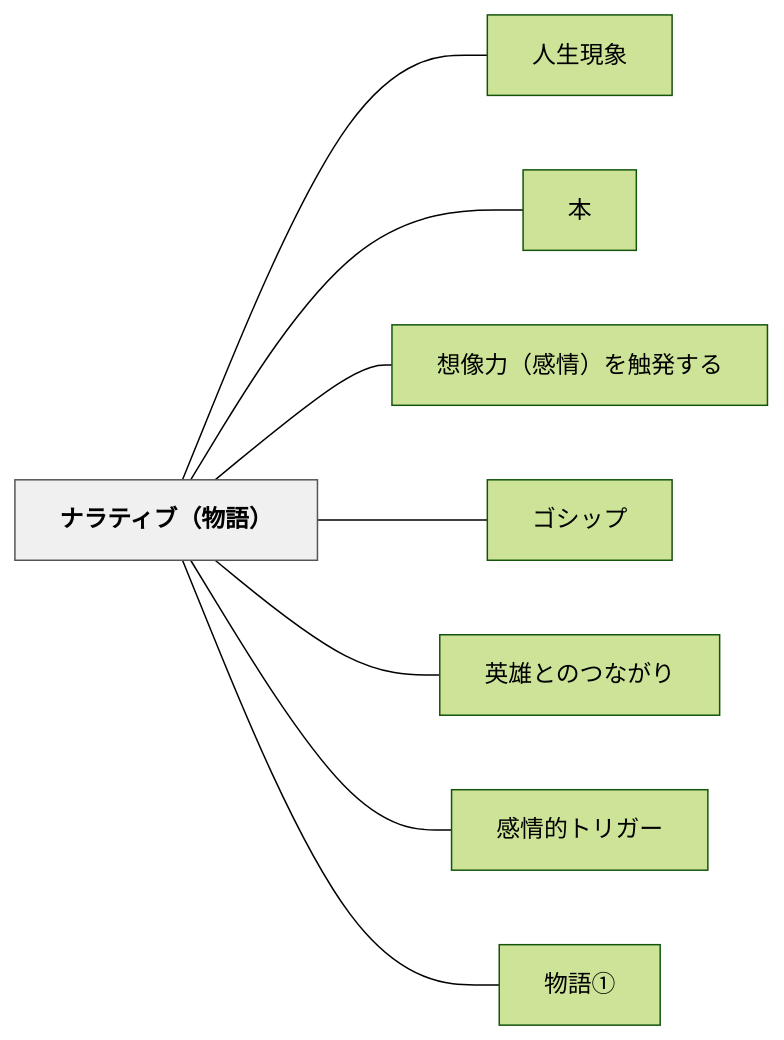
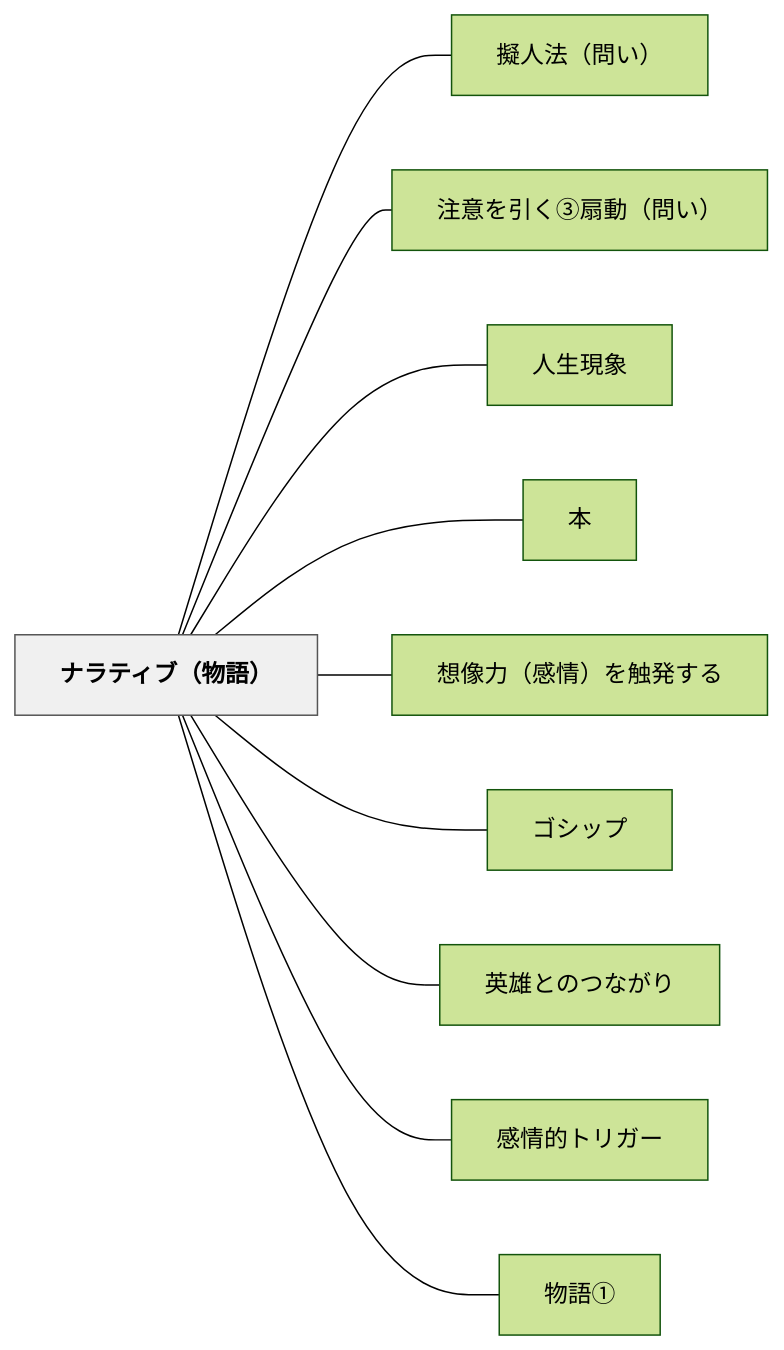
Before and after one commit to unknownthings-ed-patterns/unknownthings-ed-patterns: the diagram in content/パタン/ナラティブ（物語）.md, drawn with Mermaid (forest theme). The commit also changed other lines of this file and 38 other files, not shown here.

````diff
--- a/content/パタン/ナラティブ（物語）.md
+++ b/content/パタン/ナラティブ（物語）.md
@@ -52,22 +54,26 @@
 ```mermaid
 flowchart LR
     ne3838ae383a9e38386e382a3e38396efbc88e789a9e8aa9eefbc89["ナラティブ（物語）"]
+    ne693ace4babae6b395efbc88e5958fe38184efbc89["擬人法（問い）"]
+    ne6b3a8e6848fe38292e5bc95e3818fe291a2e68987e58b95efbc88e5958fe38184efbc89["注意を引く③扇動（問い）"]
     ne4babae7949fe78fbee8b1a1["人生現象"]
     ne69cac["本"]
     ne683b3e5838fe58a9befbc88e6849fe68385efbc89e38292e8a7a6e799bae38199e3828b["想像力（感情）を触発する"]
     ne382b4e382b7e38383e38397["ゴシップ"]
     ne88bb1e99b84e381a8e381aee381a4e381aae3818ce3828a["英雄とのつながり"]
     ne6849fe68385e79a84e38388e383aae382ace383bc["感情的トリガー"]
     ne789a9e8aa9ee291a0["物語①"]
 
+    ne3838ae383a9e38386e382a3e38396efbc88e789a9e8aa9eefbc89 --- ne693ace4babae6b395efbc88e5958fe38184efbc89
+    ne3838ae383a9e38386e382a3e38396efbc88e789a9e8aa9eefbc89 --- ne6b3a8e6848fe38292e5bc95e3818fe291a2e68987e58b95efbc88e5958fe38184efbc89
     ne3838ae383a9e38386e382a3e38396efbc88e789a9e8aa9eefbc89 --- ne4babae7949fe78fbee8b1a1
     ne3838ae383a9e38386e382a3e38396efbc88e789a9e8aa9eefbc89 --- ne69cac
     ne3838ae383a9e38386e382a3e38396efbc88e789a9e8aa9eefbc89 --- ne683b3e5838fe58a9befbc88e6849fe68385efbc89e38292e8a7a6e799bae38199e3828b
     ne3838ae383a9e38386e382a3e38396efbc88e789a9e8aa9eefbc89 --- ne382b4e382b7e38383e38397
     ne3838ae383a9e38386e382a3e38396efbc88e789a9e8aa9eefbc89 --- ne88bb1e99b84e381a8e381aee381a4e381aae3818ce3828a
     ne3838ae383a9e38386e382a3e38396efbc88e789a9e8aa9eefbc89 --- ne6849fe68385e79a84e38388e383aae382ace383bc
     ne3838ae383a9e38386e382a3e38396efbc88e789a9e8aa9eefbc89 --- ne789a9e8aa9ee291a0
 
     classDef hub fill:#f0f0f0,stroke:#555,color:#000,font-weight:bold
     class ne3838ae383a9e38386e382a3e38396efbc88e789a9e8aa9eefbc89 hub
 ```
````
